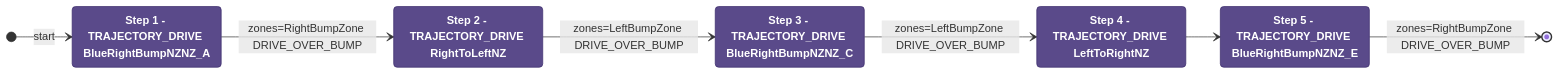
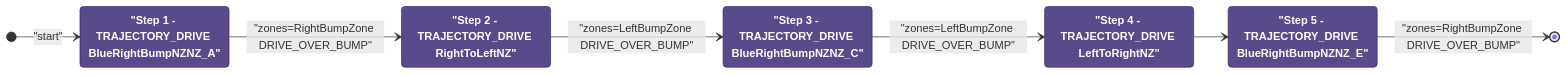
The diagram in documents/auton/RedTOutLaunch2NDepNOutScoreClimb.md (Team302/2026Rebuilt), drawn with Mermaid before and after one commit. The commit also changed other lines of this file and 242 other files, not shown here.

Commit message:
Regenerated diagrams with fixed red

````diff
--- a/documents/auton/RedTOutLaunch2NDepNOutScoreClimb.md
+++ b/documents/auton/RedTOutLaunch2NDepNOutScoreClimb.md
@@ -8,27 +8,27 @@
 ```mermaid
 stateDiagram-v2
     direction LR
 
     %% Green = intake active, Purple = intake off
     classDef intake  fill:#1a7a3a,color:#ffffff,stroke:#0d4a1f,font-weight:bold
     classDef noIntake fill:#5a4a8a,color:#ffffff,stroke:#3a2a6a,font-weight:bold
 
-    Step1 : Step 1 - TRAJECTORY_DRIVE BlueRightBumpNZNZ_A
-    Step2 : Step 2 - TRAJECTORY_DRIVE RightToLeftNZ
-    Step3 : Step 3 - TRAJECTORY_DRIVE BlueRightBumpNZNZ_C
-    Step4 : Step 4 - TRAJECTORY_DRIVE LeftToRightNZ
-    Step5 : Step 5 - TRAJECTORY_DRIVE BlueRightBumpNZNZ_E
+    Step1 : "Step 1 - TRAJECTORY_DRIVE BlueRightBumpNZNZ_A"
+    Step2 : "Step 2 - TRAJECTORY_DRIVE RightToLeftNZ"
+    Step3 : "Step 3 - TRAJECTORY_DRIVE BlueRightBumpNZNZ_C"
+    Step4 : "Step 4 - TRAJECTORY_DRIVE LeftToRightNZ"
+    Step5 : "Step 5 - TRAJECTORY_DRIVE BlueRightBumpNZNZ_E"
 
     class Step1 noIntake
     class Step2 noIntake
     class Step3 noIntake
     class Step4 noIntake
     class Step5 noIntake
 
-    [*] --> Step1 : start
-    Step1 --> Step2: zones=RightBumpZone DRIVE_OVER_BUMP
-    Step2 --> Step3: zones=LeftBumpZone DRIVE_OVER_BUMP
-    Step3 --> Step4: zones=LeftBumpZone DRIVE_OVER_BUMP
+    [*] --> Step1 : "start"
+    Step1 --> Step2: "zones=RightBumpZone DRIVE_OVER_BUMP"
+    Step2 --> Step3: "zones=LeftBumpZone DRIVE_OVER_BUMP"
+    Step3 --> Step4: "zones=LeftBumpZone DRIVE_OVER_BUMP"
     Step4 --> Step5
-    Step5 --> [*]: zones=RightBumpZone DRIVE_OVER_BUMP
+    Step5 --> [*]: "zones=RightBumpZone DRIVE_OVER_BUMP"
 ```
````
